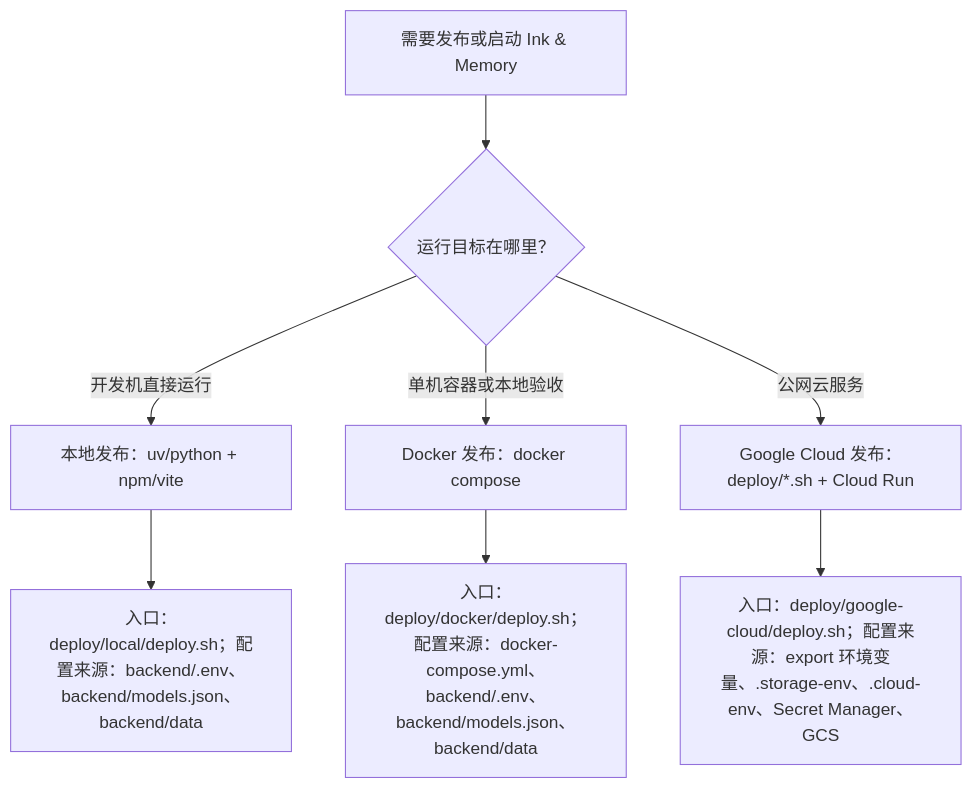
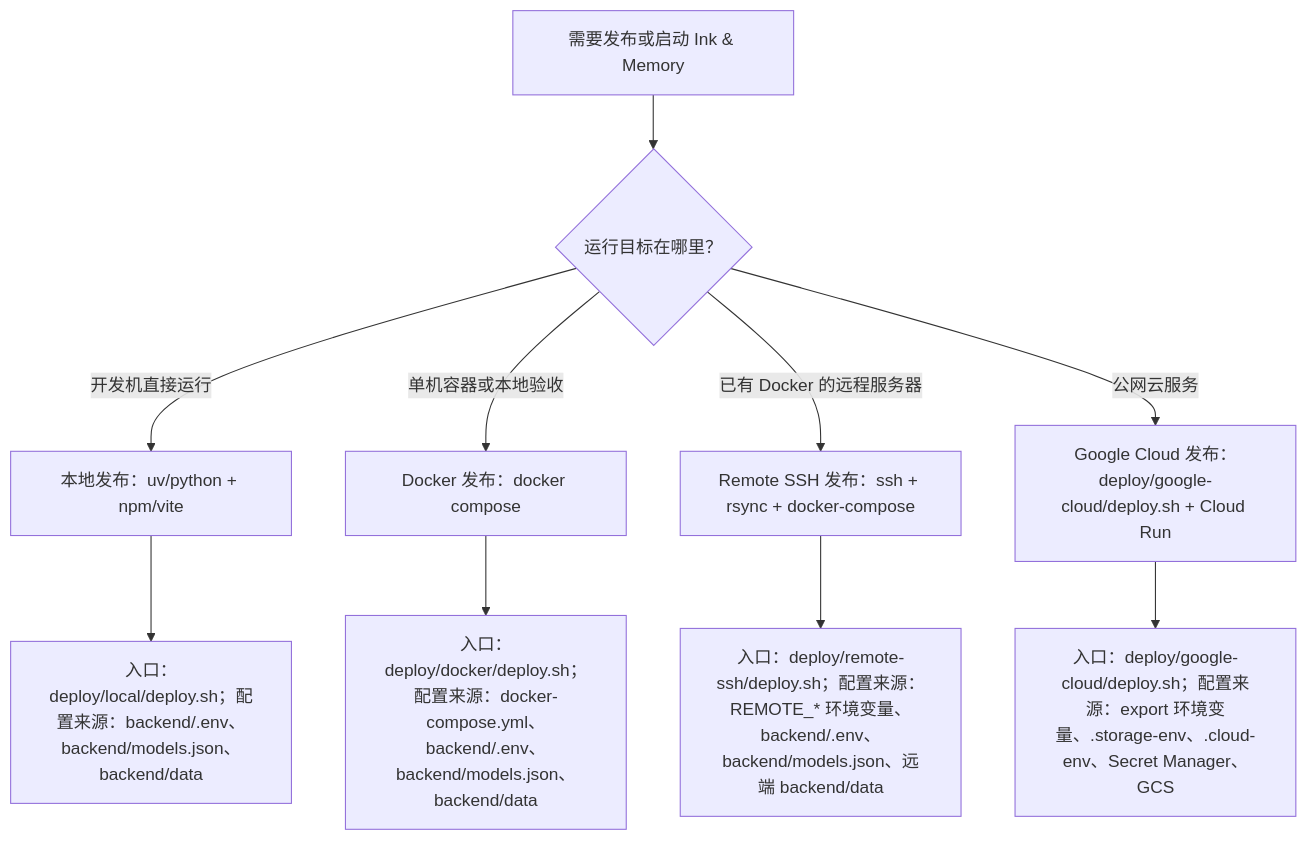
The diagram in docs/deploy/README.md (glide-the/im-dream), drawn with Mermaid before and after one commit. The commit also changed other lines of this file and 61 other files, not shown here.

````diff
--- a/docs/deploy/README.md
+++ b/docs/deploy/README.md
@@ -40,10 +43,12 @@
 ```mermaid
 flowchart TD
   A["需要发布或启动 Ink & Memory"] --> B{"运行目标在哪里？"}
   B -->|"开发机直接运行"| C["本地发布：uv/python + npm/vite"]
   B -->|"单机容器或本地验收"| D["Docker 发布：docker compose"]
-  B -->|"公网云服务"| E["Google Cloud 发布：deploy/*.sh + Cloud Run"]
+  B -->|"已有 Docker 的远程服务器"| R["Remote SSH 发布：ssh + rsync + docker-compose"]
+  B -->|"公网云服务"| E["Google Cloud 发布：deploy/google-cloud/deploy.sh + Cloud Run"]
   C --> F["入口：deploy/local/deploy.sh；配置来源：backend/.env、backend/models.json、backend/data"]
   D --> G["入口：deploy/docker/deploy.sh；配置来源：docker-compose.yml、backend/.env、backend/models.json、backend/data"]
+  R --> I["入口：deploy/remote-ssh/deploy.sh；配置来源：REMOTE_* 环境变量、backend/.env、backend/models.json、远端 backend/data"]
   E --> H["入口：deploy/google-cloud/deploy.sh；配置来源：export 环境变量、.storage-env、.cloud-env、Secret Manager、GCS"]
 ```
````
